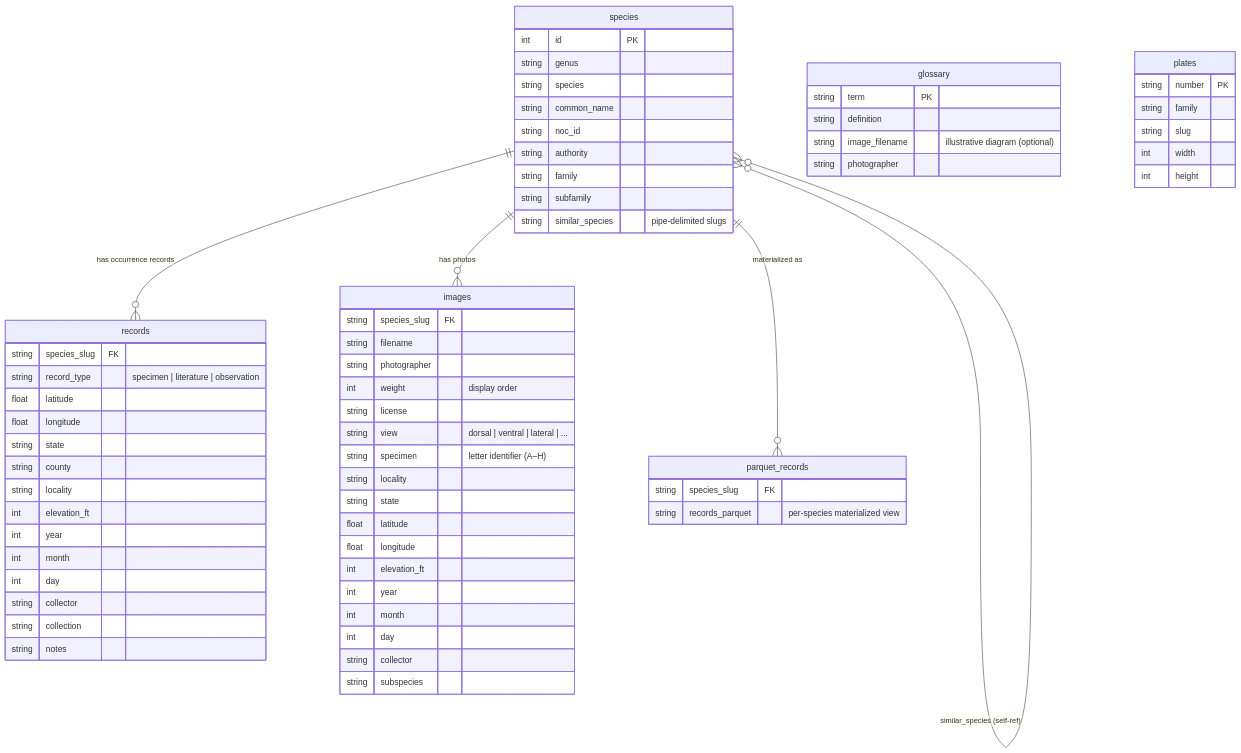
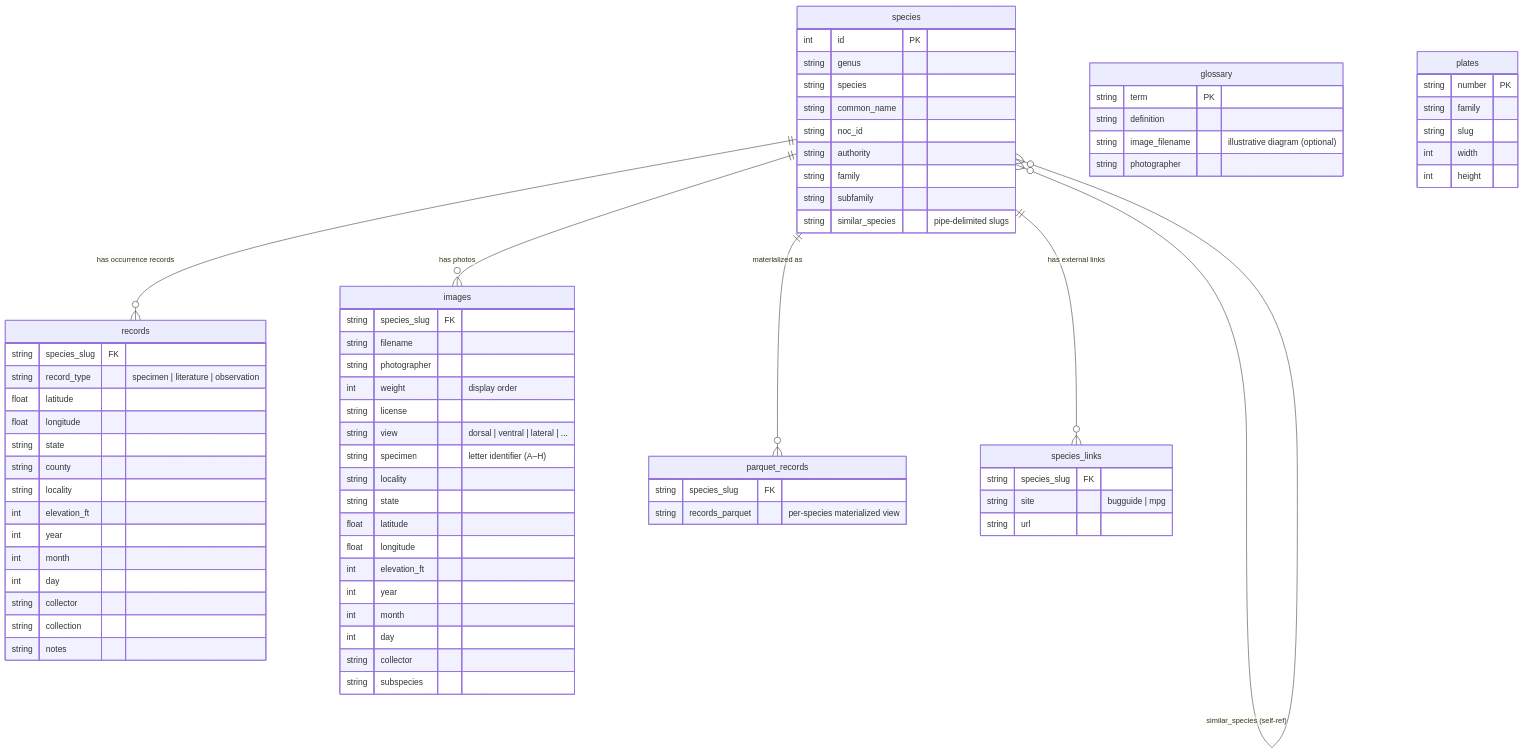
One commit to pnwinsects/pnwmoths changed the diagram in data/README.md. Above: the diagram before and after it, drawn with Mermaid. The commit also changed other lines of this file and 7 other files, not shown here.

First line of the commit message:
Restore BugGuide & MPG links on species pages (#35)

````diff
--- a/data/README.md
+++ b/data/README.md
@@ -75,8 +75,15 @@
         string  records_parquet "per-species materialized view"
     }
 
+    species_links {
+        string  species_slug   FK
+        string  site           "bugguide | mpg"
+        string  url
+    }
+
     species ||--o{ records          : "has occurrence records"
     species ||--o{ images           : "has photos"
     species ||--o{ parquet_records  : "materialized as"
+    species ||--o{ species_links    : "has external links"
     species }o--o{ species          : "similar_species (self-ref)"
 ```
````
